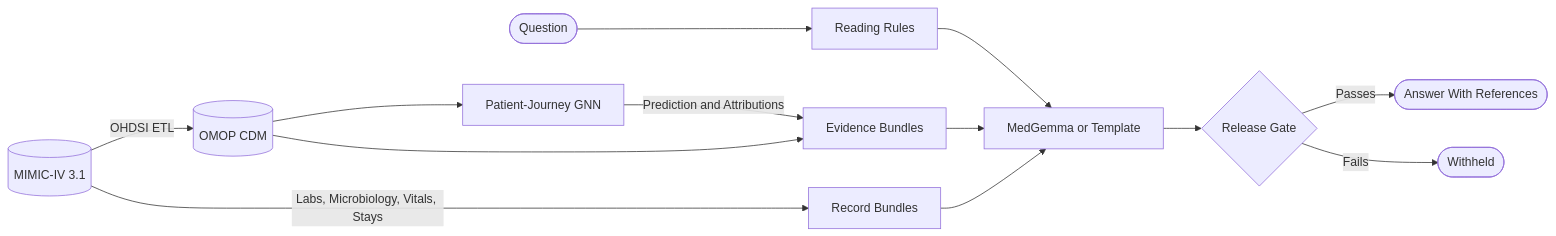
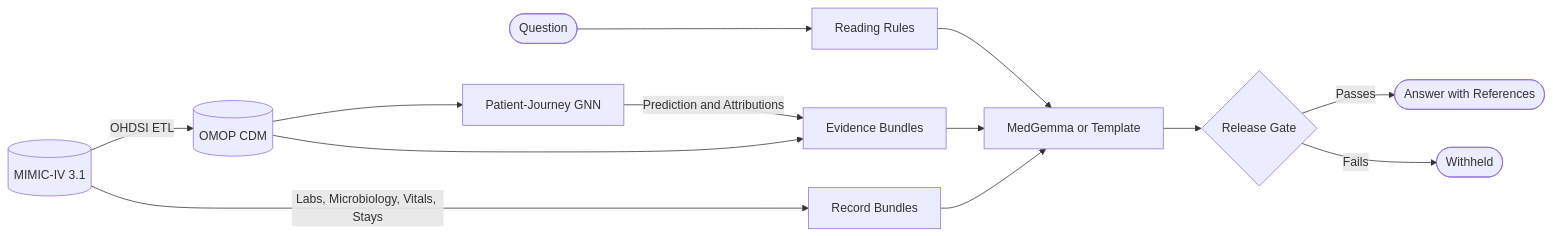
One commit to maa2002/ehr-evidence-app changed the diagram in README.md. Above: the diagram before and after it, drawn with Mermaid. The commit also changed other lines of this file and 18 other files, not shown here.

````diff
--- a/README.md
+++ b/README.md
@@ -131,15 +131,15 @@
 ```mermaid
 flowchart LR
     mimic[(MIMIC-IV 3.1)] -->|OHDSI ETL| omop[(OMOP CDM)]
     omop --> gnn[Patient-Journey GNN]
     gnn -->|Prediction and Attributions| evidence[Evidence Bundles]
     omop --> evidence
     mimic -->|Labs, Microbiology, Vitals, Stays| records[Record Bundles]
     question([Question]) --> rules[Reading Rules]
     rules --> writer[MedGemma or Template]
     evidence --> writer
     records --> writer
     writer --> gate{Release Gate}
-    gate -->|Passes| answer([Answer With References])
+    gate -->|Passes| answer([Answer with References])
     gate -->|Fails| withheld([Withheld])
 ```
````
